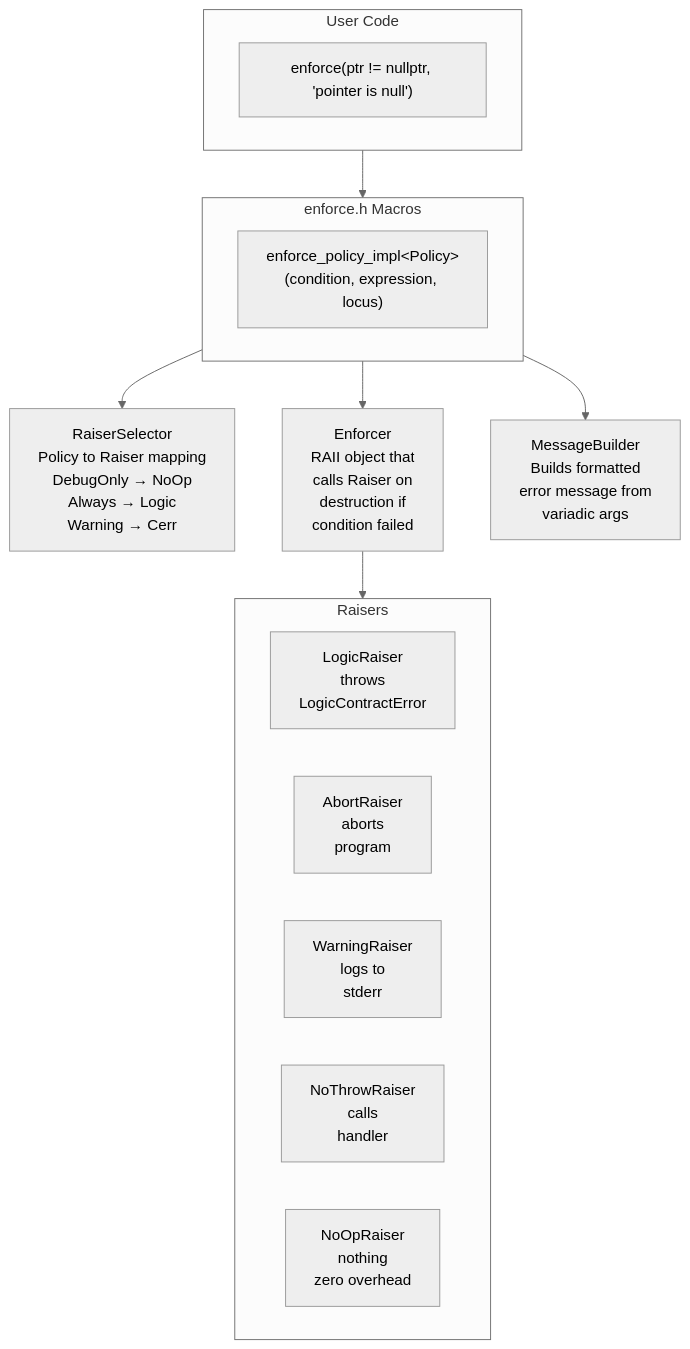
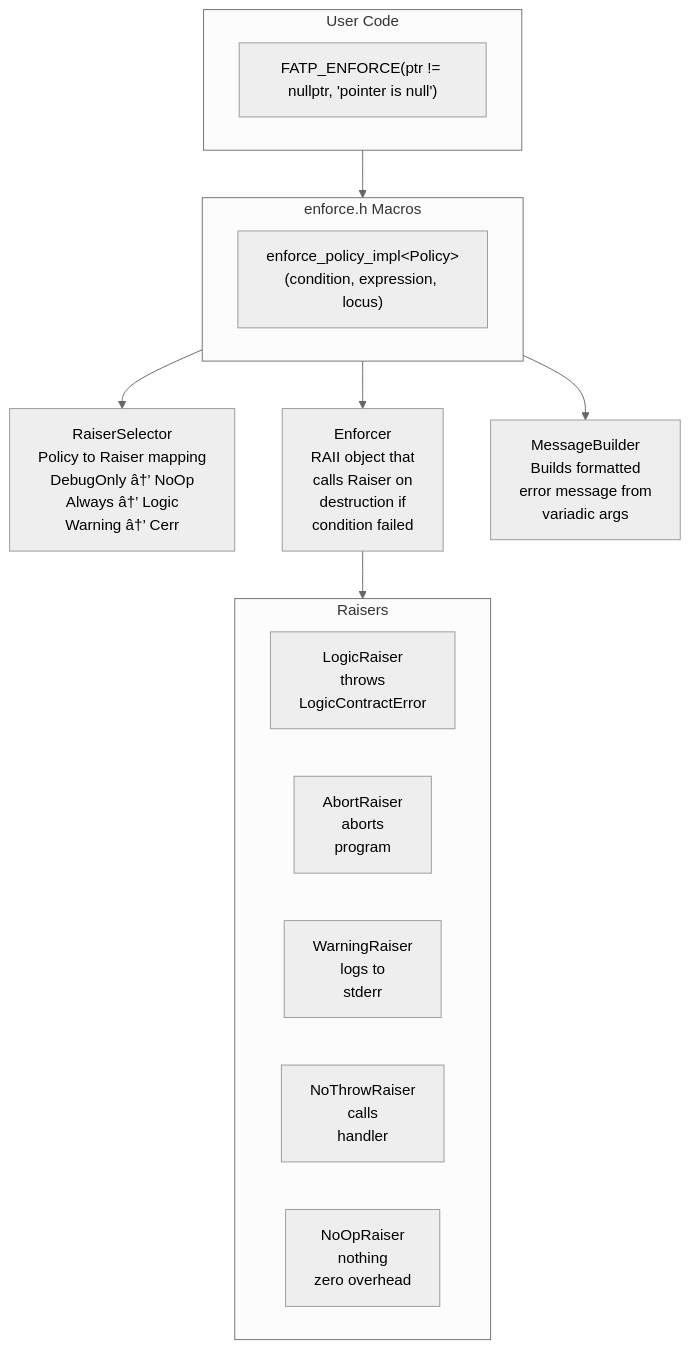
One commit to schroedermatthew/FatP changed the first of 2 diagrams in Documentation/IN WORK/Enforce_User_Manual.md. Above: the diagram before and after it, drawn with Mermaid (neutral theme). The commit also changed other lines of this file and 213 other files, not shown here.

````diff
--- a/Documentation/IN WORK/Enforce_User_Manual.md
+++ b/Documentation/IN WORK/Enforce_User_Manual.md
@@ -238,26 +238,26 @@
 ```mermaid
 flowchart TB
     subgraph UserCode["User Code"]
-        UC["enforce(ptr != nullptr, 'pointer is null')"]
+        UC["FATP_ENFORCE(ptr != nullptr, 'pointer is null')"]
     end
     
     subgraph Macros["enforce.h Macros"]
         IMPL["enforce_policy_impl&lt;Policy&gt;(condition, expression, locus)"]
     end
     
     UserCode --> Macros
     
-    Macros --> RS["RaiserSelector<br/>Policy to Raiser mapping<br/>DebugOnly → NoOp<br/>Always → Logic<br/>Warning → Cerr"]
+    Macros --> RS["RaiserSelector<br/>Policy to Raiser mapping<br/>DebugOnly â†’ NoOp<br/>Always â†’ Logic<br/>Warning â†’ Cerr"]
     Macros --> ENF["Enforcer<br/>RAII object that<br/>calls Raiser on<br/>destruction if<br/>condition failed"]
     Macros --> MB["MessageBuilder<br/>Builds formatted<br/>error message from<br/>variadic args"]
     
     ENF --> Raisers
     
     subgraph Raisers["Raisers"]
         LR["LogicRaiser<br/>throws<br/>LogicContractError"]
         AR["AbortRaiser<br/>aborts<br/>program"]
         WR["WarningRaiser<br/>logs to<br/>stderr"]
         NTR["NoThrowRaiser<br/>calls<br/>handler"]
         NOR["NoOpRaiser<br/>nothing<br/>zero overhead"]
     end
 ```
````
